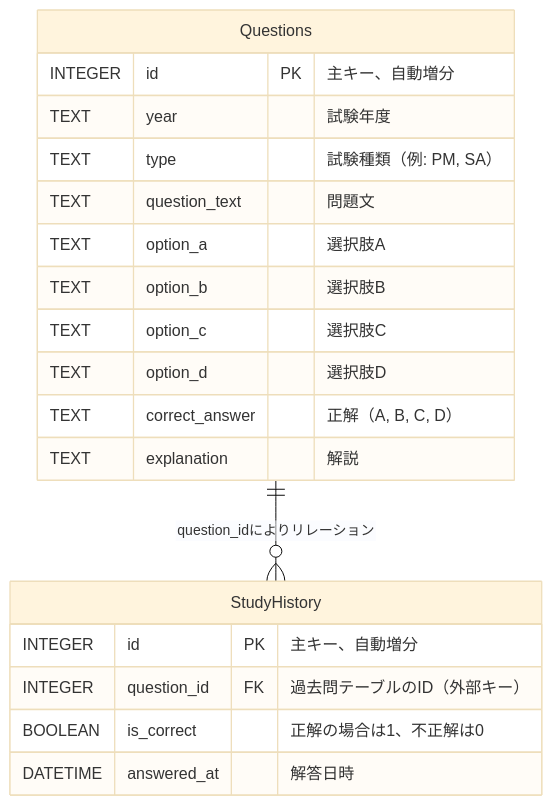
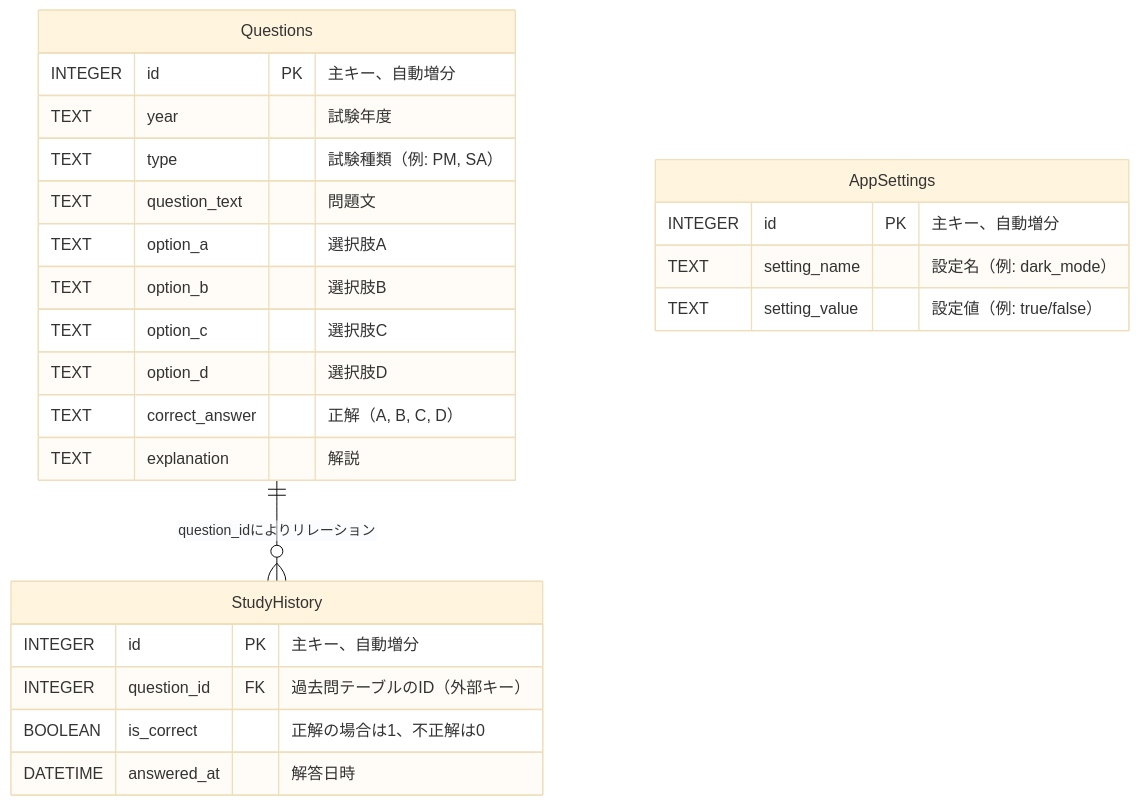
One commit to n-kazuyoshi268/code_lab changed the diagram in ipa-master/document/basicDesign/データ設計書.md. Above: the diagram before and after it, drawn with Mermaid (base theme). The commit also changed other lines of this file and 12 other files, not shown here.

````diff
--- a/ipa-master/document/basicDesign/データ設計書.md
+++ b/ipa-master/document/basicDesign/データ設計書.md
@@ -52,24 +64,31 @@
 ```mermaid
 erDiagram
     Questions {
         INTEGER id PK "主キー、自動増分"
         TEXT year "試験年度"
         TEXT type "試験種類（例: PM, SA）"
         TEXT question_text "問題文"
         TEXT option_a "選択肢A"
         TEXT option_b "選択肢B"
         TEXT option_c "選択肢C"
         TEXT option_d "選択肢D"
         TEXT correct_answer "正解（A, B, C, D）"
         TEXT explanation "解説"
     }
 
     StudyHistory {
         INTEGER id PK "主キー、自動増分"
         INTEGER question_id FK "過去問テーブルのID（外部キー）"
         BOOLEAN is_correct "正解の場合は1、不正解は0"
         DATETIME answered_at "解答日時"
     }
 
+    AppSettings {
+        INTEGER id PK "主キー、自動増分"
+        TEXT setting_name "設定名（例: dark_mode）"
+        TEXT setting_value "設定値（例: true/false）"
+    }
+
     Questions ||--o{ StudyHistory : "question_idによりリレーション"
+
 ```
````
